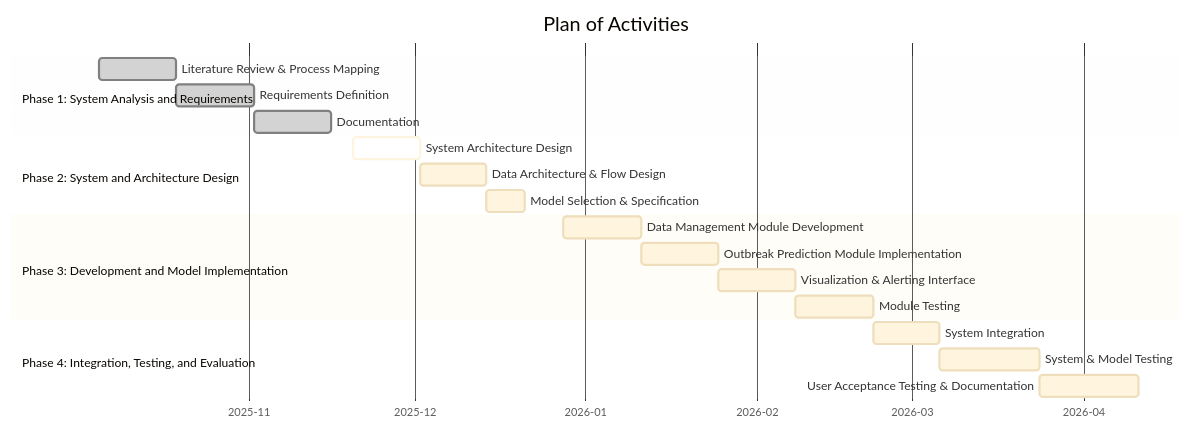
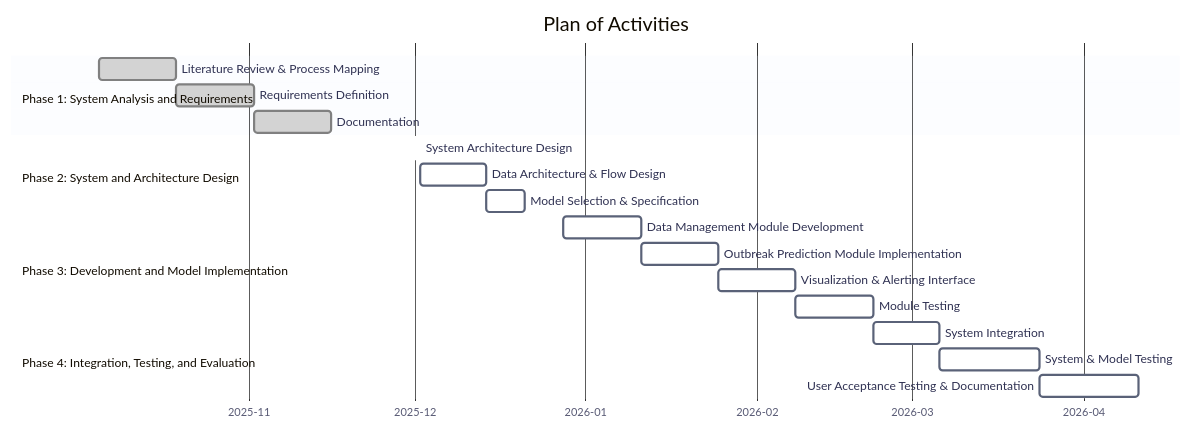
Before and after one commit to solomon-spec/NVOMS: the diagram in documentation/assets/diagrams/mermaid/figure-1-01-plan-of-activities-gantt.mmd, drawn with Mermaid. The commit also changed 31 other files, not shown here.

Commit message:
fix: improve the diagrams

```diff
--- a/documentation/assets/diagrams/mermaid/figure-1-01-plan-of-activities-gantt.mmd
+++ b/documentation/assets/diagrams/mermaid/figure-1-01-plan-of-activities-gantt.mmd
@@ -1,31 +1,37 @@
 %%{init: {
   "theme": "base",
   "themeVariables": {
+    "primaryColor": "#ffffff",
+    "primaryBorderColor": "#5a6278",
+    "primaryTextColor": "#2f3152",
+    "secondaryColor": "#f8fbff",
+    "tertiaryColor": "#eef4ff",
+    "lineColor": "#40455d",
     "fontFamily": "Arial, Helvetica, sans-serif"
   },
   "gantt": {
     "leftPadding": 80,
     "gridLineStartPadding": 36
   }
 }}%%
 gantt
     title Plan of Activities
     dateFormat  YYYY-MM-DD
     axisFormat  %Y-%m
     section Phase 1: System Analysis and Requirements
     Literature Review & Process Mapping :done, p1a, 2025-10-05, 14d
     Requirements Definition :done, p1b, after p1a, 14d
     Documentation :done, p1c, after p1b, 14d
     section Phase 2: System and Architecture Design
     System Architecture Design :active, p2a, 2025-11-20, 12d
     Data Architecture & Flow Design :p2b, after p2a, 12d
     Model Selection & Specification :p2c, after p2b, 7d
     section Phase 3: Development and Model Implementation
     Data Management Module Development :p3a, 2025-12-28, 14d
     Outbreak Prediction Module Implementation :p3b, after p3a, 14d
     Visualization & Alerting Interface :p3c, after p3b, 14d
     Module Testing :p3d, after p3c, 14d
     section Phase 4: Integration, Testing, and Evaluation
     System Integration :p4a, 2026-02-22, 12d
     System & Model Testing :p4b, after p4a, 18d
     User Acceptance Testing & Documentation :p4c, after p4b, 18d
```
